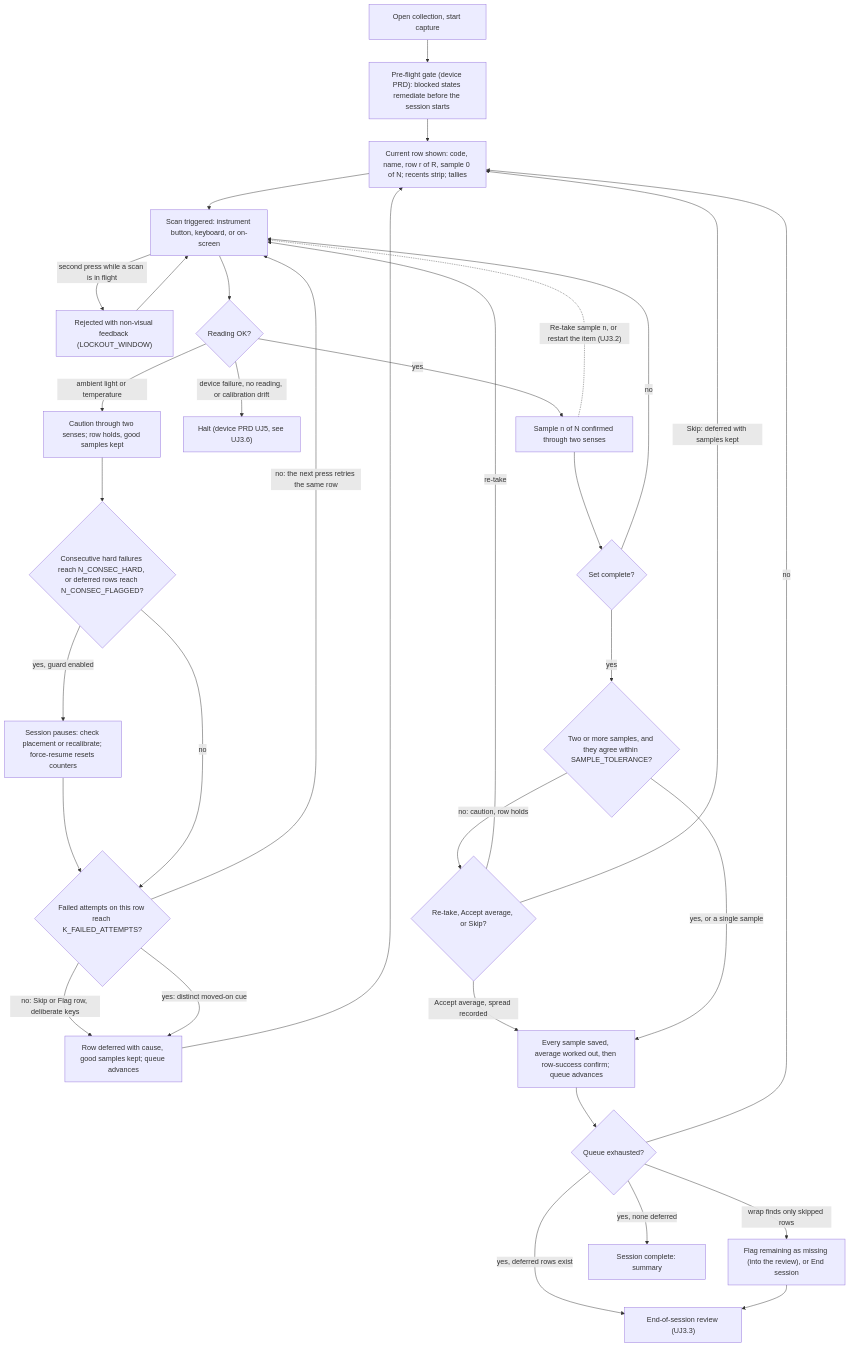
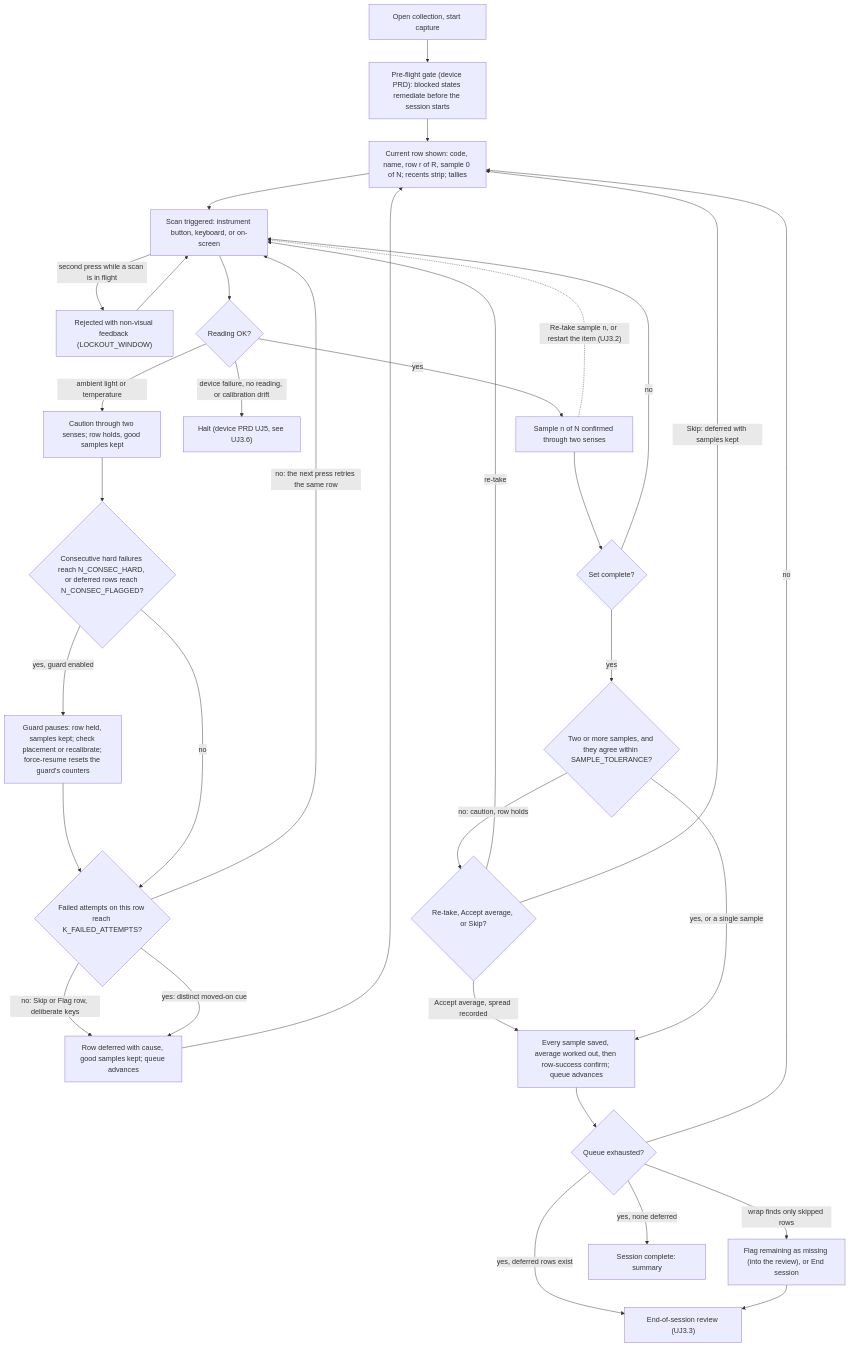
One commit to vinnyp/spectro-capture changed the fourth of 6 diagrams in docs/product/prd-capture-mode.md. Above: the diagram before and after it, drawn with Mermaid. The commit also changed other lines of this file and 3 other files, not shown here.

````diff
--- a/docs/product/prd-capture-mode.md
+++ b/docs/product/prd-capture-mode.md
@@ -311,35 +321,35 @@
 ```mermaid
 flowchart TD
     A["Open collection, start capture"] --> B["Pre-flight gate (device PRD): blocked states remediate before the session starts"]
     B --> C["Current row shown: code, name, row r of R, sample 0 of N; recents strip; tallies"]
     C --> D["Scan triggered: instrument button, keyboard, or on-screen"]
     D -- "second press while a scan is in flight" --> D1["Rejected with non-visual feedback (LOCKOUT_WINDOW)"]
     D1 --> D
     D --> E{Reading OK?}
     E -- "ambient light or temperature" --> F["Caution through two senses; row holds, good samples kept"]
     F --> K{"Consecutive hard failures reach N_CONSEC_HARD, or deferred rows reach N_CONSEC_FLAGGED?"}
-    K -- "yes, guard enabled" --> L["Session pauses: check placement or recalibrate; force-resume resets counters"]
+    K -- "yes, guard enabled" --> L["Guard pauses: row held, samples kept; check placement or recalibrate; force-resume resets the guard's counters"]
     L --> F2
     K -- no --> F2{"Failed attempts on this row reach K_FAILED_ATTEMPTS?"}
     F2 -- "no: the next press retries the same row" --> D
     F2 -- "no: Skip or Flag row, deliberate keys" --> F3["Row deferred with cause, good samples kept; queue advances"]
     F2 -- "yes: distinct moved-on cue" --> F3
     F3 --> C
     E -- "device failure, no reading, or calibration drift" --> X["Halt (device PRD UJ5, see UJ3.6)"]
     E -- yes --> G["Sample n of N confirmed through two senses"]
     G --> H{Set complete?}
     H -- no --> D
     G -. "Re-take sample n, or restart the item (UJ3.2)" .-> D
     H -- yes --> I{"Two or more samples, and they agree within SAMPLE_TOLERANCE?"}
     I -- "no: caution, row holds" --> I1{"Re-take, Accept average, or Skip?"}
     I1 -- "re-take" --> D
     I1 -- "Accept average, spread recorded" --> J
     I1 -- "Skip: deferred with samples kept" --> C
     I -- "yes, or a single sample" --> J["Every sample saved, average worked out, then row-success confirm; queue advances"]
     J --> M{Queue exhausted?}
     M -- no --> C
     M -- "yes, deferred rows exist" --> N["End-of-session review (UJ3.3)"]
     M -- "wrap finds only skipped rows" --> N2["Flag remaining as missing (into the review), or End session"]
     N2 --> N
     M -- "yes, none deferred" --> O["Session complete: summary"]
 ```
````
